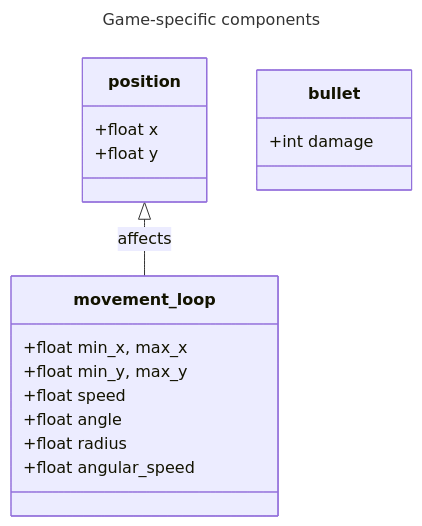
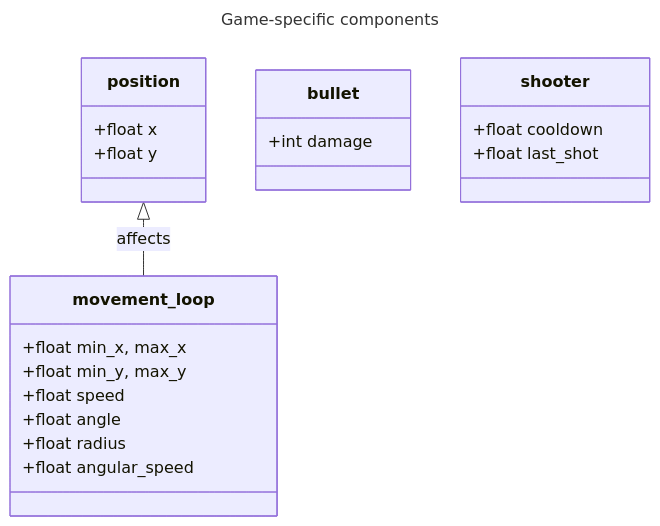
The fourth of 8 diagrams in docs/ECS/Diagrams.md (Sebabacou-R-type-2027/R-Type), drawn with Mermaid before and after one commit. The commit also changed other lines of this file, not shown here.

Commit message:
feat(uml) Add system diagrams

````diff
--- a/docs/ECS/Diagrams.md
+++ b/docs/ECS/Diagrams.md
@@ -103,22 +103,26 @@
 ```mermaid
 ---
 title: Game-specific components
 ---
 classDiagram
     position <|-- movement_loop : affects
     class position {
         +float x
         +float y
     }
     class movement_loop {
         +float min_x, max_x
         +float min_y, max_y
         +float speed
         +float angle
         +float radius
         +float angular_speed
     }
     class bullet {
         +int damage
     }
+    class shooter {
+        +float cooldown
+        +float last_shot
+    }
 ```
````
